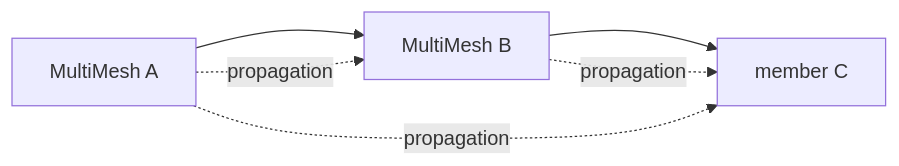
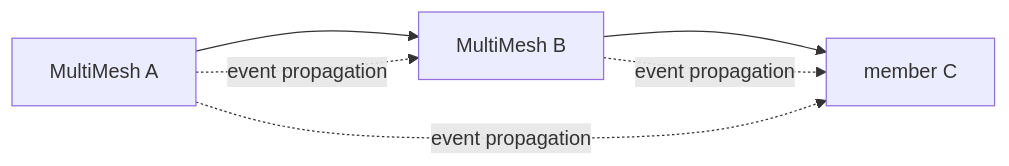
The second of 2 diagrams in rfc/rfc-000-00n-bevy-multi-mesh/README.md (ramate-io/maybraid), drawn with Mermaid before and after one commit. The commit also changed other lines of this file, not shown here.

````diff
--- a/rfc/rfc-000-00n-bevy-multi-mesh/README.md
+++ b/rfc/rfc-000-00n-bevy-multi-mesh/README.md
@@ -230,11 +226,11 @@
 ```mermaid
 flowchart LR
     R[MultiMesh A]
     M[MultiMesh B]
     P[member C]
     R --> M
     M --> P
-    R -.->|propagation| M
-    R -.->|propagation| P
-    M -.->|propagation| P
+    R -.->|event propagation| M
+    R -.->|event propagation| P
+    M -.->|event propagation| P
 ```
````
